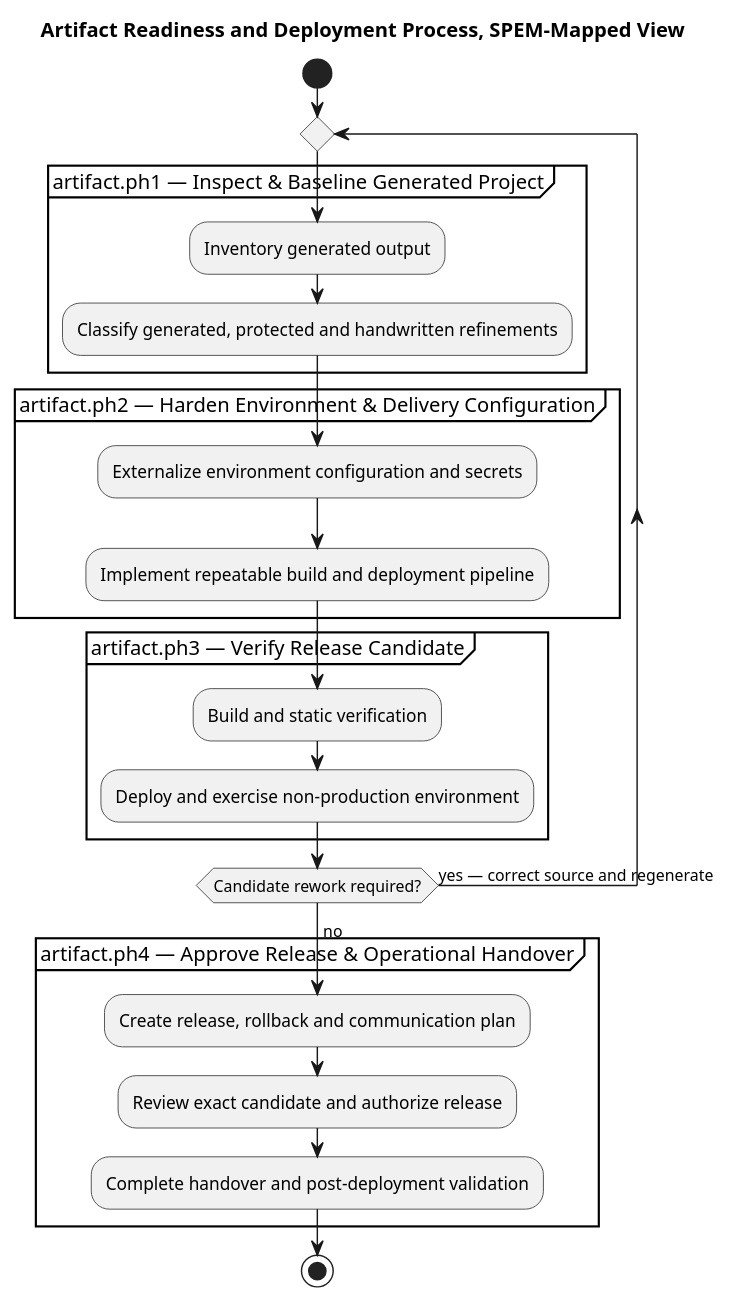
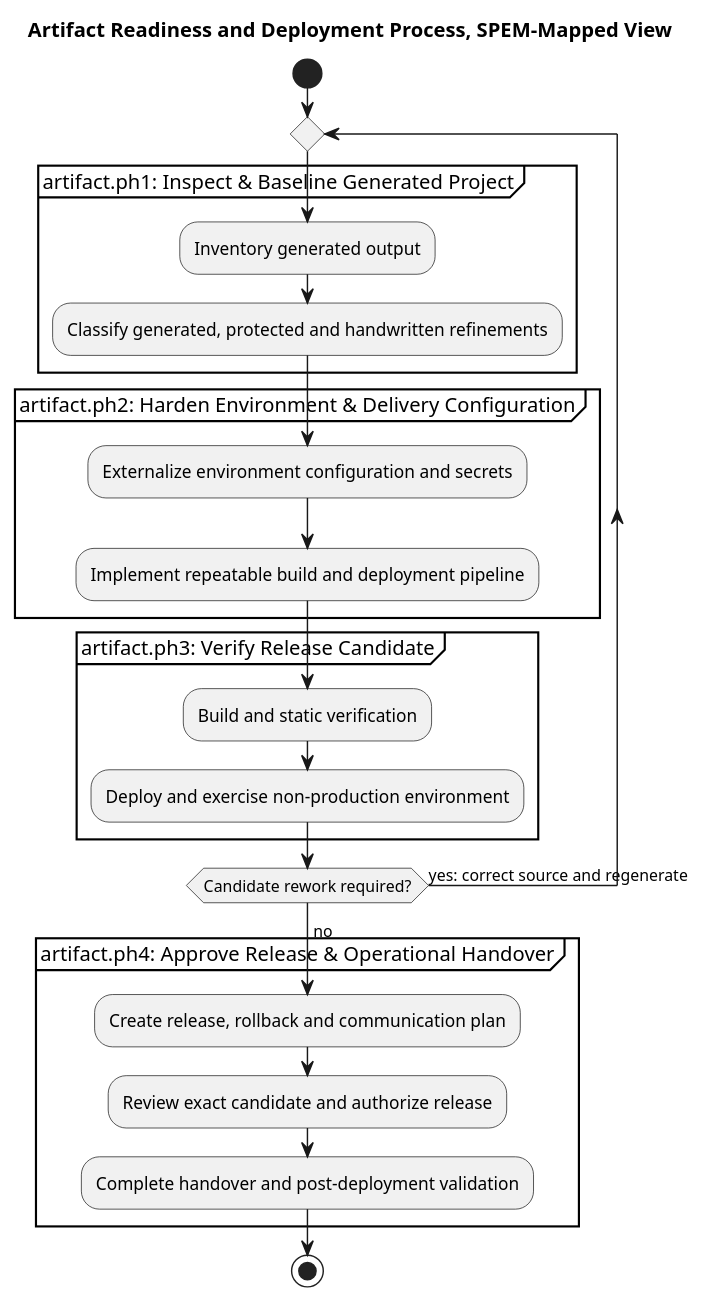
The diagram in mde/process/method/spem/views/artifact-process.activity.puml (mehdieidi/modriss), drawn with PlantUML before and after one commit. The commit also changed 36 other files, not shown here.

```diff
--- a/mde/process/method/spem/views/artifact-process.activity.puml
+++ b/mde/process/method/spem/views/artifact-process.activity.puml
@@ -1,28 +1,28 @@
 @startuml artifact-process
 title Artifact Readiness and Deployment Process, SPEM-Mapped View
 start
 
 repeat
-  partition "artifact.ph1 — Inspect & Baseline Generated Project" {
+  partition "artifact.ph1: Inspect & Baseline Generated Project" {
     :Inventory generated output;
     :Classify generated, protected and handwritten refinements;
   }
-  partition "artifact.ph2 — Harden Environment & Delivery Configuration" {
+  partition "artifact.ph2: Harden Environment & Delivery Configuration" {
     :Externalize environment configuration and secrets;
     :Implement repeatable build and deployment pipeline;
   }
-  partition "artifact.ph3 — Verify Release Candidate" {
+  partition "artifact.ph3: Verify Release Candidate" {
     :Build and static verification;
     :Deploy and exercise non-production environment;
   }
-repeat while (Candidate rework required?) is (yes — correct source and regenerate)
+repeat while (Candidate rework required?) is (yes: correct source and regenerate)
 -> no;
 
-partition "artifact.ph4 — Approve Release & Operational Handover" {
+partition "artifact.ph4: Approve Release & Operational Handover" {
   :Create release, rollback and communication plan;
   :Review exact candidate and authorize release;
   :Complete handover and post-deployment validation;
 }
 
 stop
 @enduml
```
